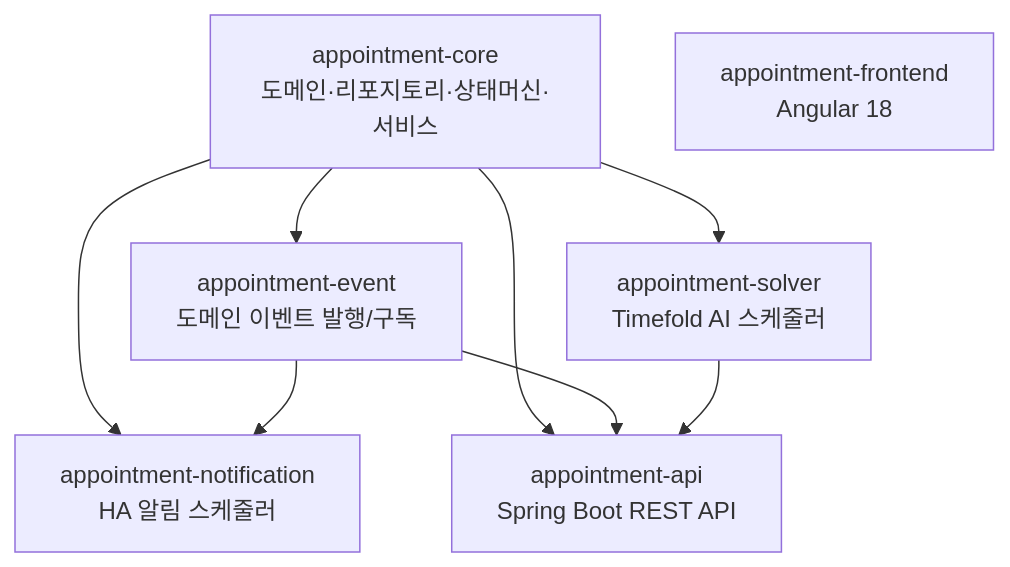
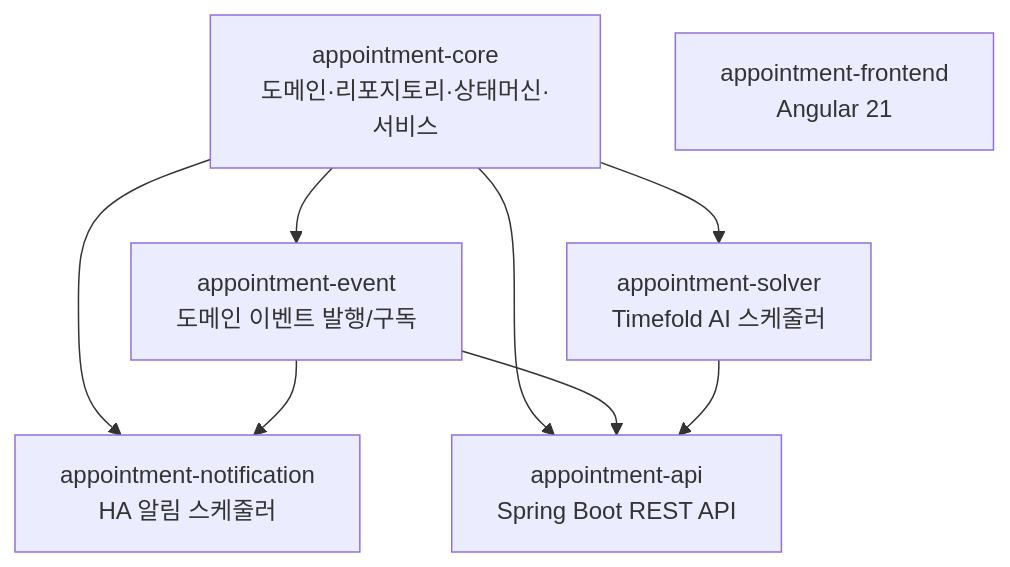
One commit to bluetape4k/clinic-appointment changed the diagram in docs/requirements/architecture.md. Above: the diagram before and after it, drawn with Mermaid. The commit also changed other lines of this file and 15 other files, not shown here.

First line of the commit message:
docs: 아키텍처·ERD·데이터흐름·사용자시나리오 다이어그램 추가 및 모듈 README 최신화

````diff
--- a/docs/requirements/architecture.md
+++ b/docs/requirements/architecture.md
@@ -5,17 +5,17 @@
 ```mermaid
 graph TD
     core[appointment-core\n도메인·리포지토리·상태머신·서비스]
     event[appointment-event\n도메인 이벤트 발행/구독]
     solver[appointment-solver\nTimefold AI 스케줄러]
     notification[appointment-notification\nHA 알림 스케줄러]
     api[appointment-api\nSpring Boot REST API]
-    frontend[appointment-frontend\nAngular 18]
+    frontend[appointment-frontend\nAngular 21]
 
     core --> event
     core --> solver
     core --> notification
     event --> notification
     core --> api
     event --> api
     solver --> api
 ```
````
